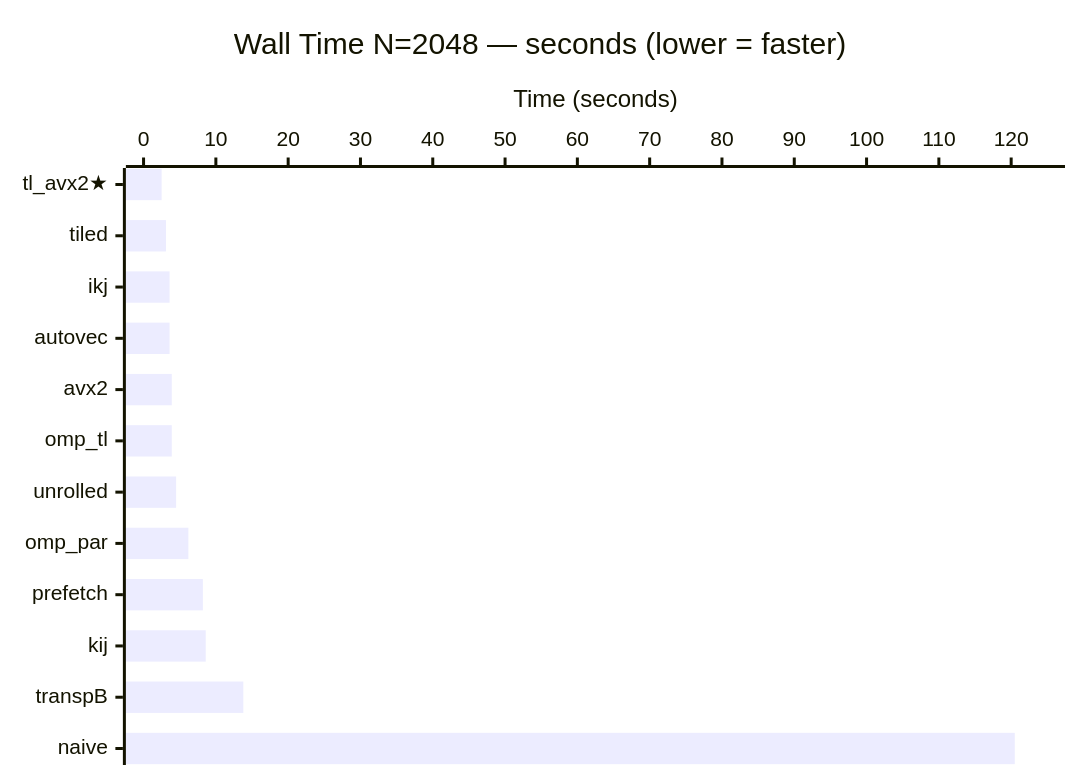
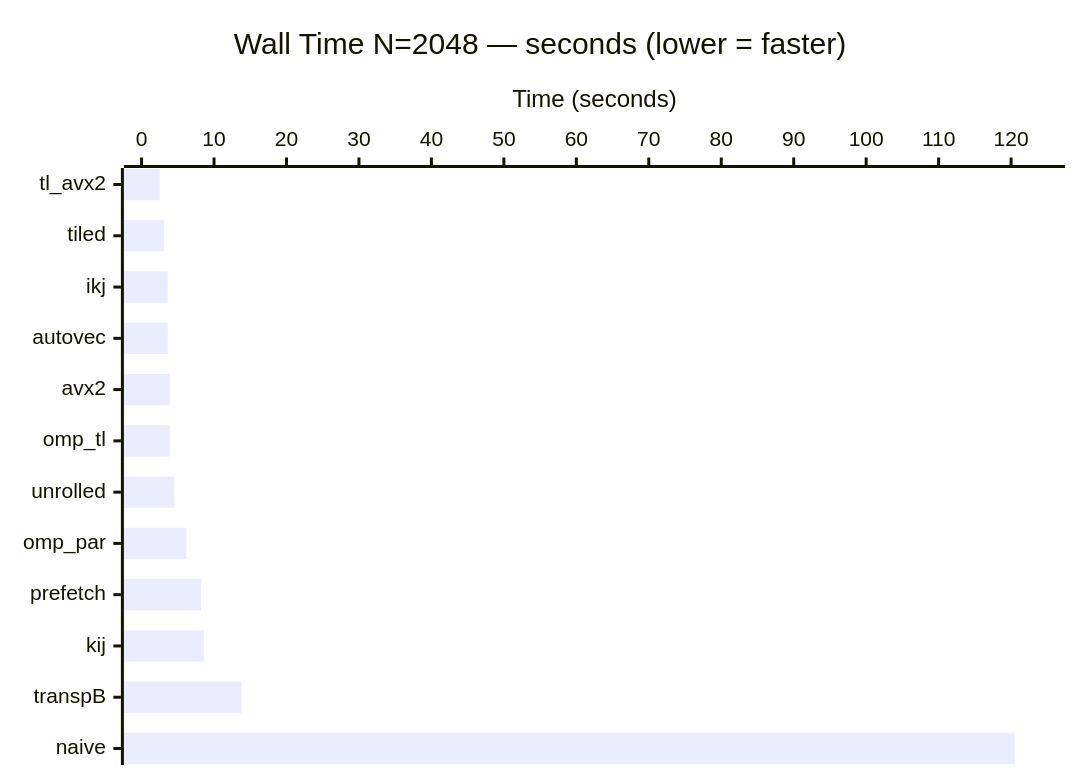
The tenth of 30 diagrams in tables_and_graphs.md (KathpaliaChirag/Nanopore-project), drawn with Mermaid before and after one commit. The commit also changed other lines of this file and 15 other files, not shown here.

````diff
--- a/tables_and_graphs.md
+++ b/tables_and_graphs.md
@@ -209,7 +209,7 @@
 ```mermaid
 xychart-beta horizontal
     title "Wall Time N=2048 — seconds (lower = faster)"
-    x-axis ["tl_avx2★", "tiled", "ikj", "autovec", "avx2", "omp_tl", "unrolled", "omp_par", "prefetch", "kij", "transpB", "naive"]
+    x-axis ["tl_avx2", "tiled", "ikj", "autovec", "avx2", "omp_tl", "unrolled", "omp_par", "prefetch", "kij", "transpB", "naive"]
     y-axis "Time (seconds)" 0 --> 125
     bar [2.5, 3.1, 3.6, 3.6, 3.9, 3.9, 4.5, 6.2, 8.2, 8.6, 13.8, 120.5]
 ```
````
